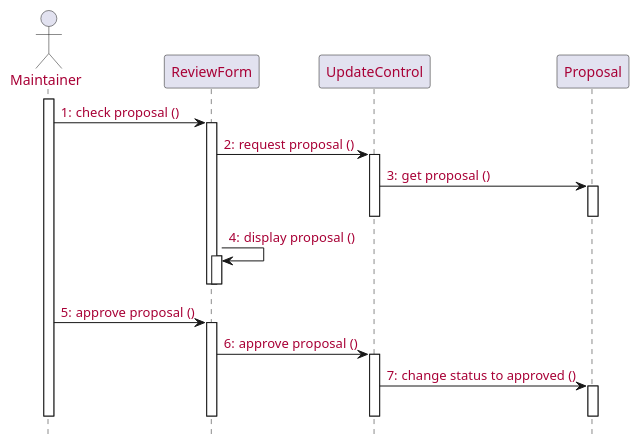
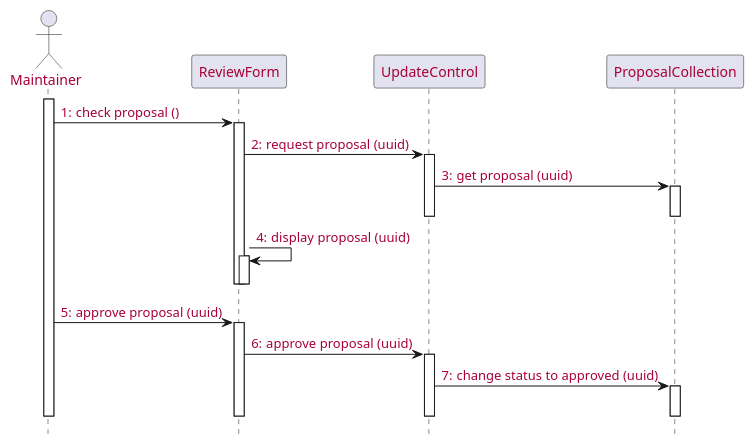
Before and after one commit to McSinyx/ipppi: diagram 11 of 14 in source/solution/use-case-design.rst, drawn with PlantUML. The commit also changed other lines of this file and 4 other files, not shown here.

```diff
--- a/source/solution/use-case-design.rst
+++ b/source/solution/use-case-design.rst
@@ -304,26 +376,24 @@
 .. uml::
 
    skinparam defaultFontColor #a80036
    autonumber "#:"
    autoactivate on
    hide footbox
 
    actor Maintainer
    activate Maintainer
    Maintainer -> ReviewForm : check proposal ()
-   ReviewForm -> UpdateControl : request proposal ()
-   UpdateControl -> Proposal : get proposal ()
+   ReviewForm -> UpdateControl : request proposal (uuid)
+   UpdateControl -> ProposalCollection : get proposal (uuid)
    deactivate UpdateControl
-   deactivate Proposal
-   ReviewForm -> ReviewForm : display proposal ()
+   deactivate ProposalCollection
+   ReviewForm -> ReviewForm : display proposal (uuid)
    deactivate ReviewForm
    deactivate ReviewForm
-   Maintainer -> ReviewForm : approve proposal ()
-   ReviewForm -> UpdateControl :approve proposal ()
-   UpdateControl -> Proposal : change status to approved ()
+   Maintainer -> ReviewForm : approve proposal (uuid)
+   ReviewForm -> UpdateControl : approve proposal (uuid)
+   UpdateControl -> ProposalCollection : change status to approved (uuid)
+   deactivate ProposalCollection
+   deactivate UpdateControl
    deactivate ReviewForm
-   deactivate ReviewForm
-   deactivate UpdateControl
    deactivate Maintainer
-   deactivate ReviewForm
-   deactivate Proposal
```
